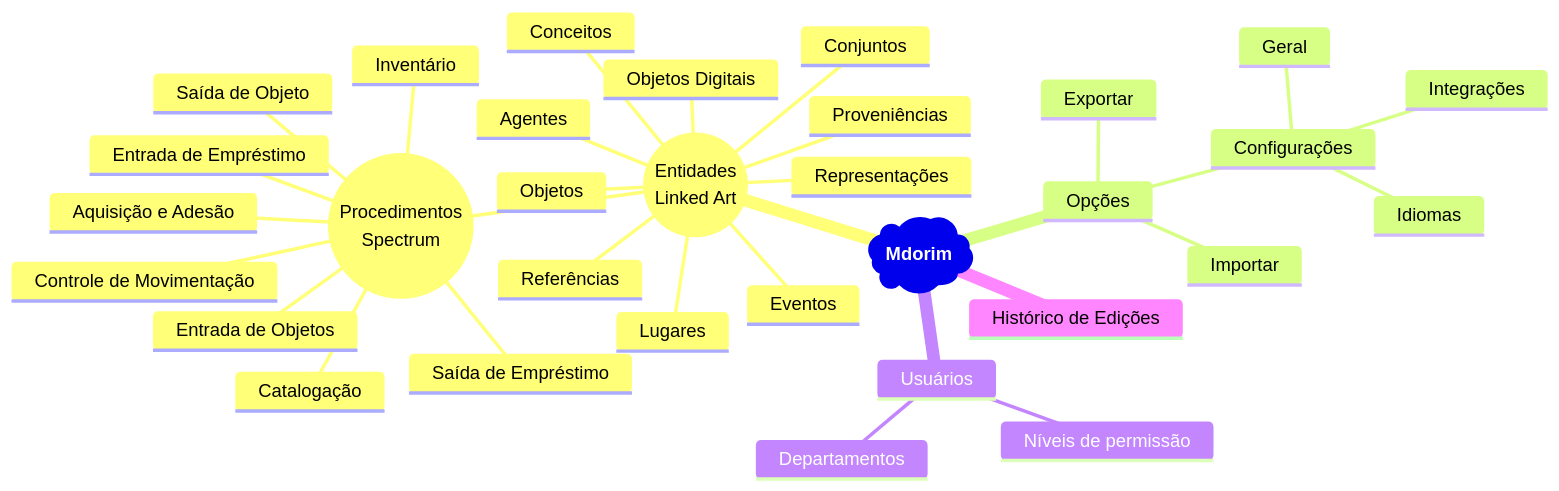
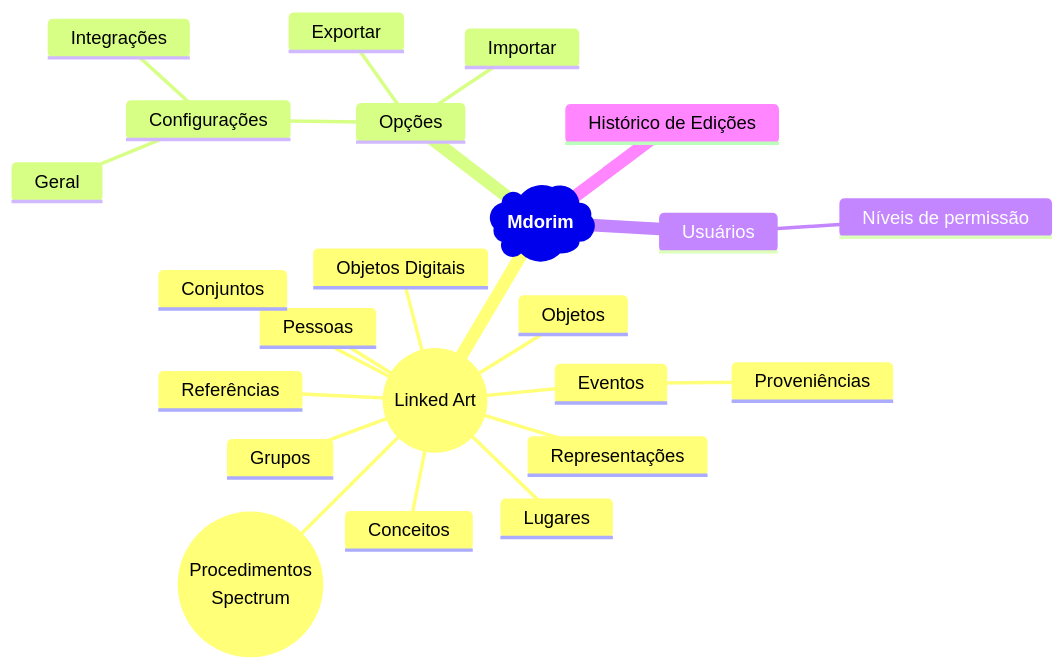
The diagram in publications/dissertacao-mestrado/content/pt-br/elucidario/mdorim/mermaid.md (hgodinho/elucidario), drawn with Mermaid before and after one commit. The commit also changed 5 other files, not shown here.

````diff
--- a/publications/dissertacao-mestrado/content/pt-br/elucidario/mdorim/mermaid.md
+++ b/publications/dissertacao-mestrado/content/pt-br/elucidario/mdorim/mermaid.md
@@ -9,37 +9,27 @@
 ```mermaid
     mindmap
         root)"`**Mdorim**`"(
-            Entidades(("`Entidades
-            Linked Art`"))
+            Entidades(("`Linked Art`"))
                 Objetos
                 Conceitos
                 Objetos Digitais
                 Referências
                 Representações
+                Pessoas
+                Grupos
                 Procedimentos(("`Procedimentos
                 Spectrum`"))
-                    Entrada de Objetos
-                    Aquisição e Adesão
-                    Controle de Movimentação
-                    Inventário
-                    Catalogação
-                    Saída de Objeto
-                    Entrada de Empréstimo
-                    Saída de Empréstimo
-                Agentes
+                Eventos
+                    Proveniências
                 Lugares
-                Eventos
                 Conjuntos
-                Proveniências
             Opções
                 Importar
                 Exportar
                 Configurações
                     Geral
-                    Idiomas
                     Integrações
             Usuários
-                Departamentos
                 Níveis de permissão
             Histórico de Edições
 ```
````
